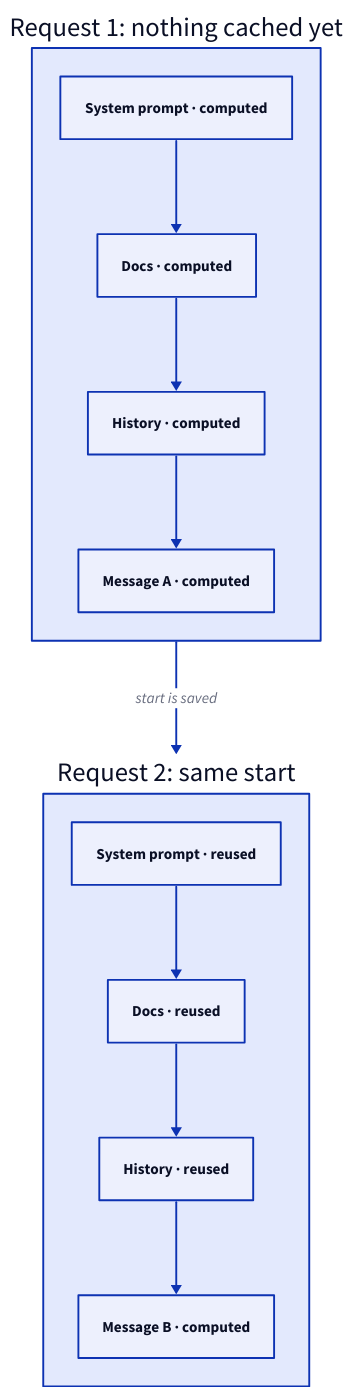
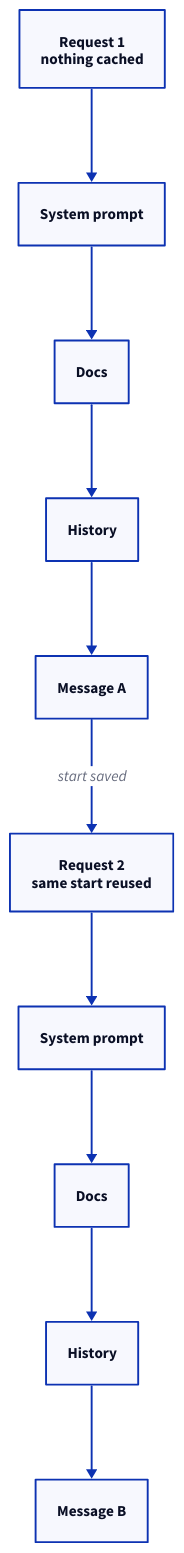
The first of 3 diagrams in src/content/blog/prompt-caching.md (g-savitha/gsavitha.in), drawn with D2 before and after one commit. The commit also changed 11 other files, not shown here.

````diff
--- a/src/content/blog/prompt-caching.md
+++ b/src/content/blog/prompt-caching.md
@@ -68,20 +68,16 @@
 ```d2
 direction: down
-R1: "Request 1: nothing cached yet" {
-  direction: down
-  A1: "System prompt · computed" {class: miss}
-  A2: "Docs · computed" {class: miss}
-  A3: "History · computed" {class: miss}
-  A4: "Message A · computed" {class: miss}
-  A1 -> A2 -> A3 -> A4
-}
-R2: "Request 2: same start" {
-  direction: down
-  B1: "System prompt · reused" {class: hit}
-  B2: "Docs · reused" {class: hit}
-  B3: "History · reused" {class: hit}
-  B4: "Message B · computed" {class: miss}
-  B1 -> B2 -> B3 -> B4
-}
-R1 -> R2: "start is saved"
+R1: "Request 1\nnothing cached" {class: miss}
+A1: "System prompt" {class: miss}
+A2: Docs {class: miss}
+A3: History {class: miss}
+A4: "Message A" {class: miss}
+R2: "Request 2\nsame start reused" {class: hit}
+B1: "System prompt" {class: hit}
+B2: Docs {class: hit}
+B3: History {class: hit}
+B4: "Message B" {class: miss}
+R1 -> A1 -> A2 -> A3 -> A4
+A4 -> R2: "start saved"
+R2 -> B1 -> B2 -> B3 -> B4
 ```
````
